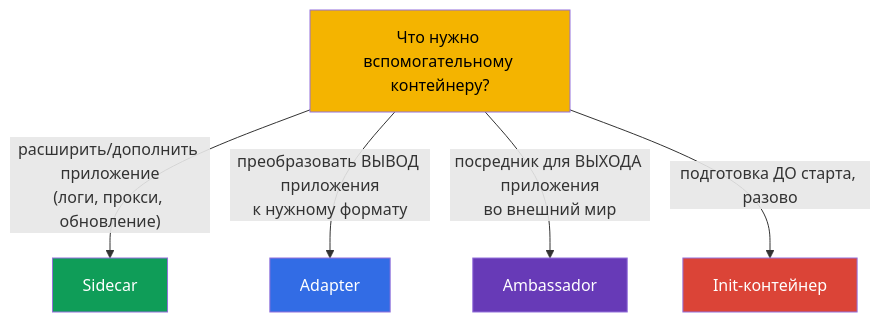
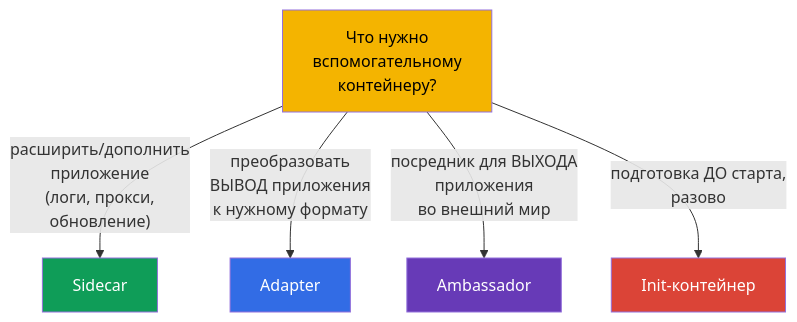
One commit to ViktorUJ/cks changed the sixth of 6 diagrams in tasks/cka/course/22/ru.md. Above: the diagram before and after it, drawn with Mermaid. The commit also changed other lines of this file, not shown here.

````diff
--- a/tasks/cka/course/22/ru.md
+++ b/tasks/cka/course/22/ru.md
@@ -161,13 +161,13 @@
 ```mermaid
 flowchart TB
-    q["Что нужно вспомогательному контейнеру?"]
-    q -->|"расширить/дополнить приложение<br>(логи, прокси, обновление)"| sc["Sidecar"]
-    q -->|"преобразовать ВЫВОД приложения<br>к нужному формату"| ad["Adapter"]
-    q -->|"посредник для ВЫХОДА приложения<br>во внешний мир"| amb["Ambassador"]
-    q -->|"подготовка ДО старта, разово"| init["Init-контейнер"]
+    q["Что нужно<br>вспомогательному<br>контейнеру?"]
+    q -->|"расширить/дополнить<br>приложение<br>(логи, прокси,<br>обновление)"| sc["Sidecar"]
+    q -->|"преобразовать<br>ВЫВОД приложения<br>к нужному формату"| ad["Adapter"]
+    q -->|"посредник для ВЫХОДА<br>приложения<br>во внешний мир"| amb["Ambassador"]
+    q -->|"подготовка ДО старта,<br>разово"| init["Init-контейнер"]
     style q fill:#f4b400,color:#000
     style sc fill:#0f9d58,color:#fff
     style ad fill:#326ce5,color:#fff
     style amb fill:#673ab7,color:#fff
     style init fill:#db4437,color:#fff
 ```
````
